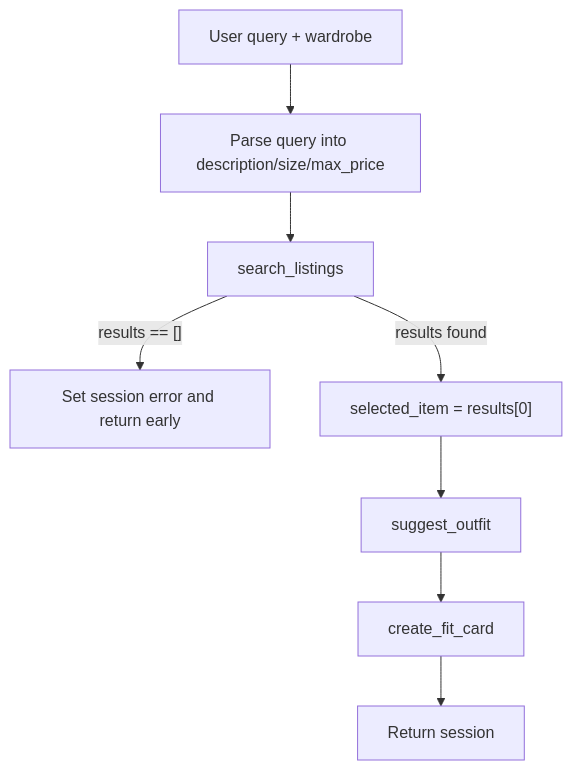
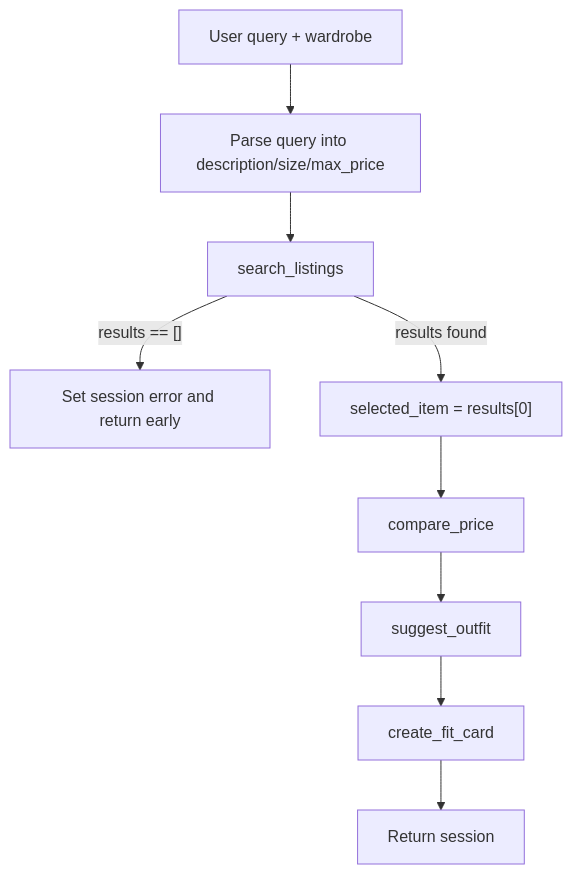
Before and after one commit to ethanncyb/ai201-project2-fitfindr-starter: the diagram in README.md, drawn with Mermaid. The commit also changed other lines of this file and 5 other files, not shown here.

````diff
--- a/README.md
+++ b/README.md
@@ -100,10 +126,11 @@
 ```mermaid
 flowchart TD
     UserQuery[User query + wardrobe] --> Parse[Parse query into description/size/max_price]
     Parse --> Search[search_listings]
     Search -->|"results == []"| Error[Set session error and return early]
     Search -->|"results found"| Select["selected_item = results[0]"]
-    Select --> Suggest[suggest_outfit]
+    Select --> PriceCheck[compare_price]
+    PriceCheck --> Suggest[suggest_outfit]
     Suggest --> FitCard[create_fit_card]
     FitCard --> Done[Return session]
 ```
````
